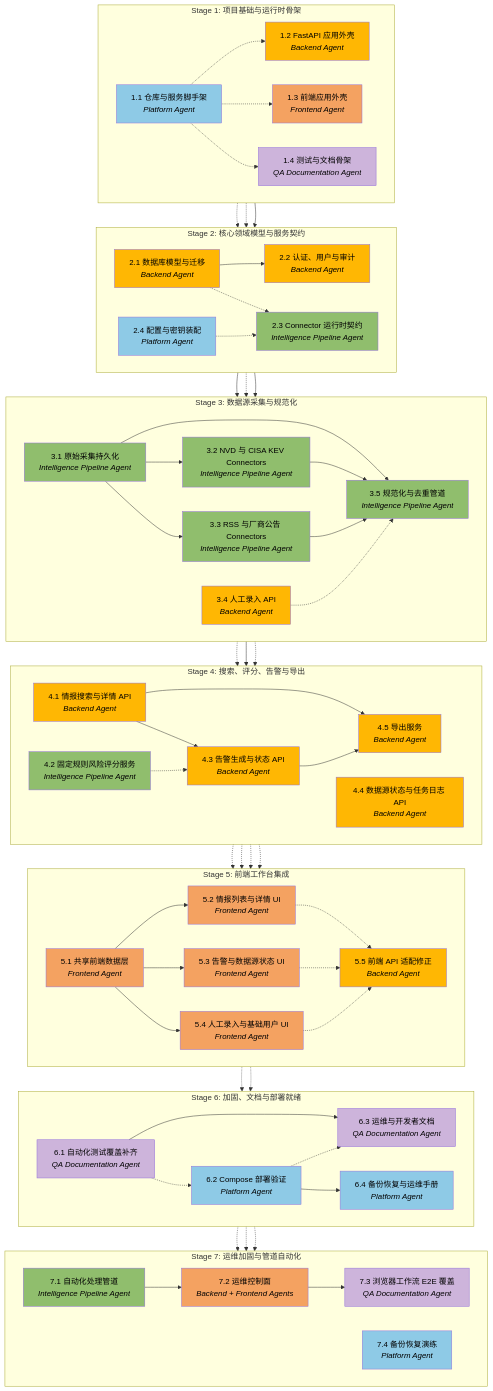
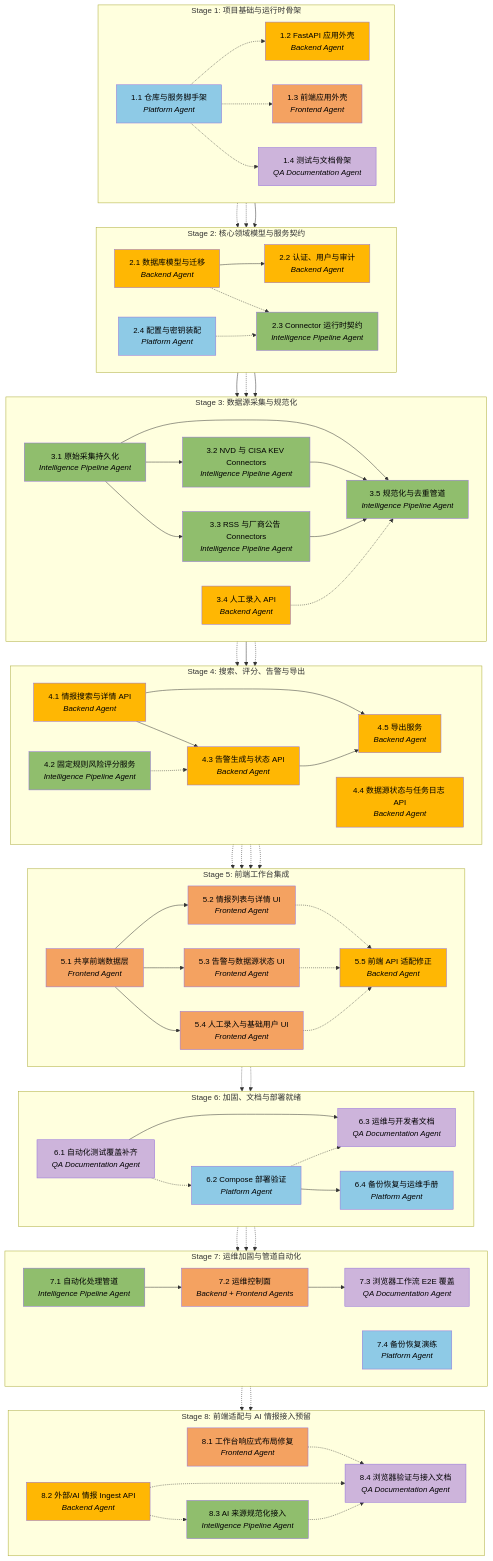
Before and after one commit to Ma0xFly/SentinelDrive: the diagram in .apm/plan.md, drawn with Mermaid. The commit also changed other lines of this file and 2 other files, not shown here.

Commit message:
docs: add Stage 8 plan and tracker entries

````diff
--- a/.apm/plan.md
+++ b/.apm/plan.md
@@ -107,6 +108,18 @@
   T7_2 --> T7_3
 end
 
+subgraph S8["Stage 8: 前端适配与 AI 情报接入预留"]
+  direction LR
+  T8_1["8.1 工作台响应式布局修复<br/><i>Frontend Agent</i>"]
+  T8_2["8.2 外部/AI 情报 Ingest API<br/><i>Backend Agent</i>"]
+  T8_3["8.3 AI 来源规范化接入<br/><i>Intelligence Pipeline Agent</i>"]
+  T8_4["8.4 浏览器验证与接入文档<br/><i>QA Documentation Agent</i>"]
+  T8_2 -.-> T8_3
+  T8_1 -.-> T8_4
+  T8_2 -.-> T8_4
+  T8_3 -.-> T8_4
+end
+
 T1_1 -.-> T1_2
 T1_1 -.-> T1_3
 T1_1 -.-> T1_4
@@ -137,6 +150,8 @@
 T6_2 -.-> T7_1
 T6_3 -.-> T7_2
 T6_4 -.-> T7_4
+T7_2 -.-> T8_1
+T7_3 -.-> T8_4
 
 style T1_1 fill:#8ecae6,color:#000
 style T2_4 fill:#8ecae6,color:#000
@@ -169,4 +184,8 @@
 style T6_1 fill:#cdb4db,color:#000
 style T6_3 fill:#cdb4db,color:#000
 style T7_3 fill:#cdb4db,color:#000
+style T8_1 fill:#f4a261,color:#000
+style T8_2 fill:#ffb703,color:#000
+style T8_3 fill:#90be6d,color:#000
+style T8_4 fill:#cdb4db,color:#000
 ```
````
